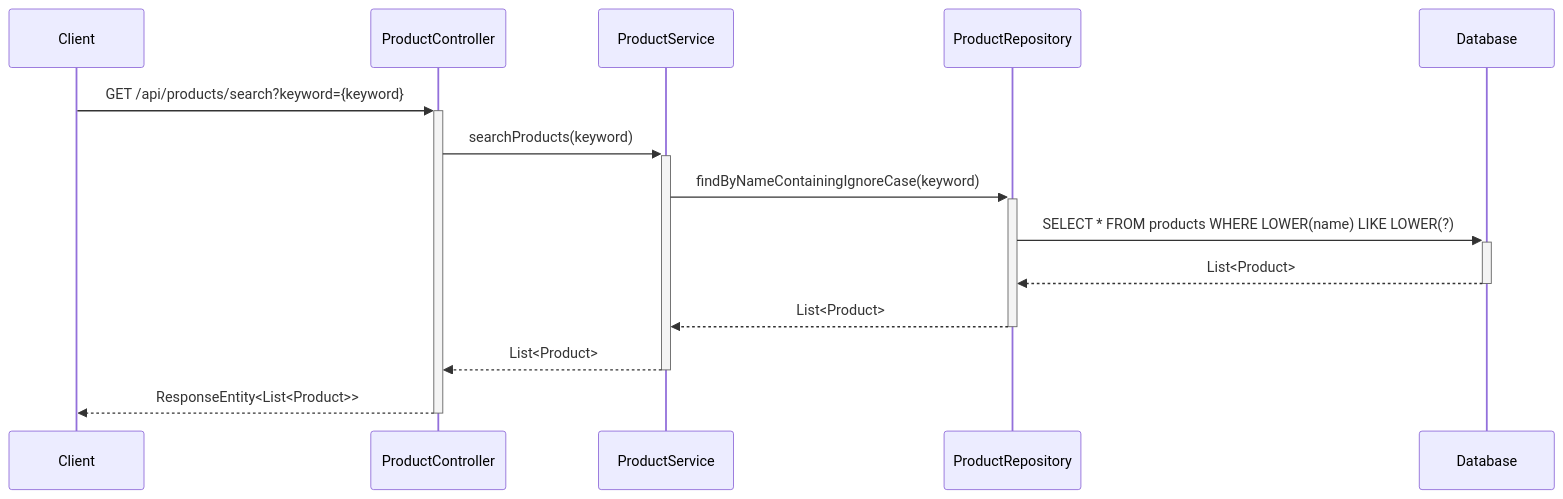
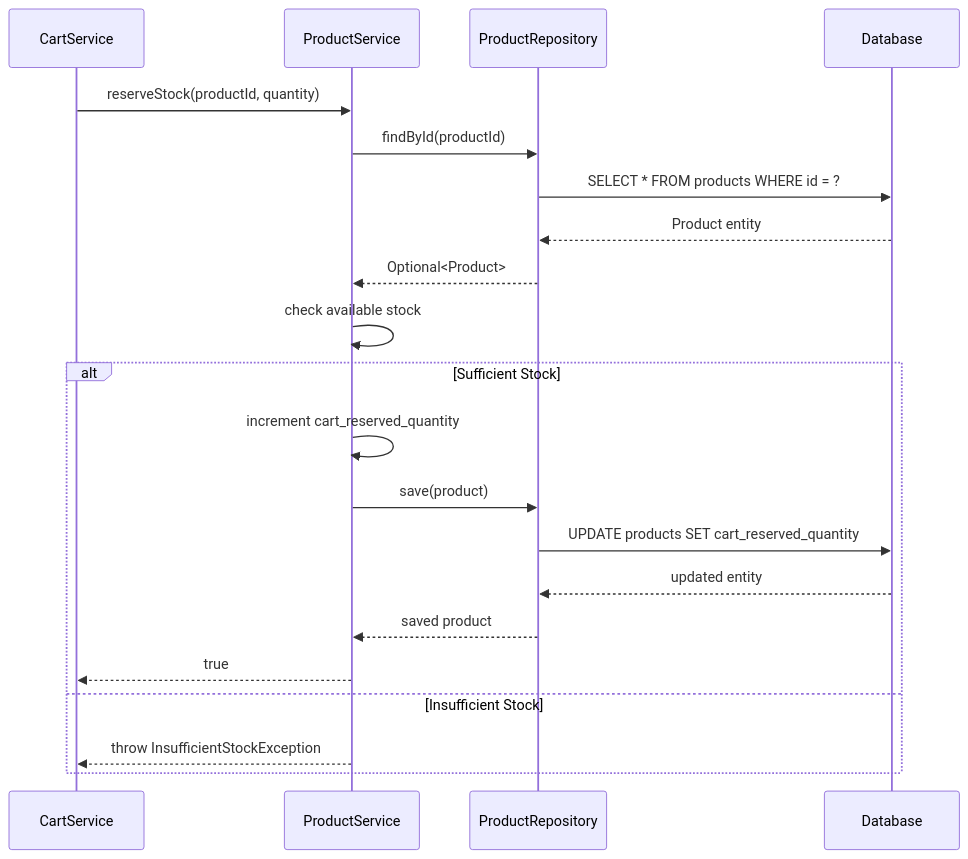
The seventh of 8 diagrams in docs/LLD/lld.md (NavneetBN47/aava-ecom-demo), drawn with Mermaid before and after one commit. The commit also changed other lines of this file, not shown here.

````diff
--- a/docs/LLD/lld.md
+++ b/docs/LLD/lld.md
@@ -254,17 +1595,24 @@
 ```mermaid
 sequenceDiagram
-    participant Client
-    participant ProductController
+    participant CartService
     participant ProductService
     participant ProductRepository
     participant Database
-    
-    Client->>+ProductController: GET /api/products/search?keyword={keyword}
-    ProductController->>+ProductService: searchProducts(keyword)
-    ProductService->>+ProductRepository: findByNameContainingIgnoreCase(keyword)
-    ProductRepository->>+Database: SELECT * FROM products WHERE LOWER(name) LIKE LOWER(?)
-    Database-->>-ProductRepository: List<Product>
-    ProductRepository-->>-ProductService: List<Product>
-    ProductService-->>-ProductController: List<Product>
-    ProductController-->>-Client: ResponseEntity<List<Product>>
+
+    CartService->>ProductService: reserveStock(productId, quantity)
+    ProductService->>ProductRepository: findById(productId)
+    ProductRepository->>Database: SELECT * FROM products WHERE id = ?
+    Database-->>ProductRepository: Product entity
+    ProductRepository-->>ProductService: Optional<Product>
+    ProductService->>ProductService: check available stock
+    alt Sufficient Stock
+        ProductService->>ProductService: increment cart_reserved_quantity
+        ProductService->>ProductRepository: save(product)
+        ProductRepository->>Database: UPDATE products SET cart_reserved_quantity
+        Database-->>ProductRepository: updated entity
+        ProductRepository-->>ProductService: saved product
+        ProductService-->>CartService: true
+    else Insufficient Stock
+        ProductService-->>CartService: throw InsufficientStockException
+    end
 ```
````
